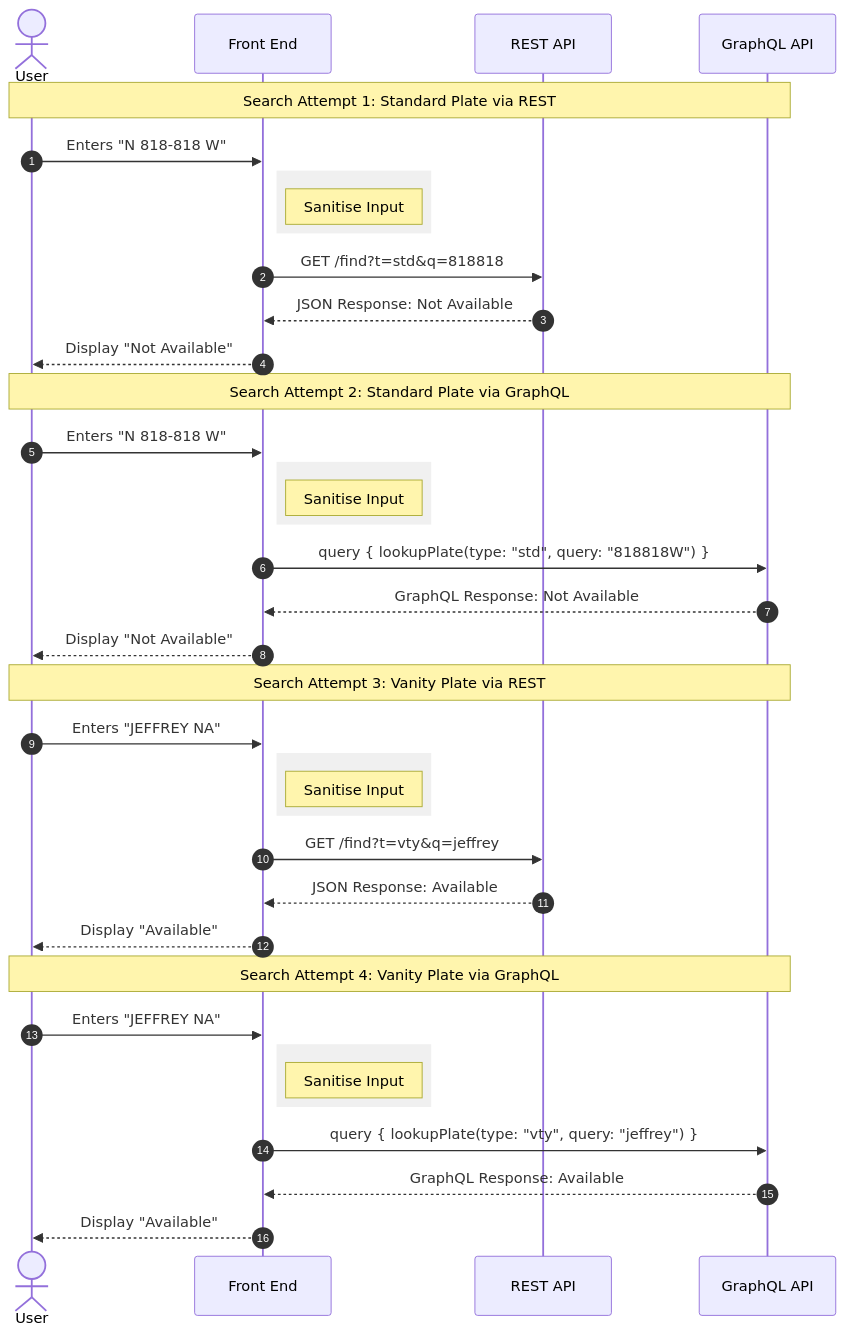
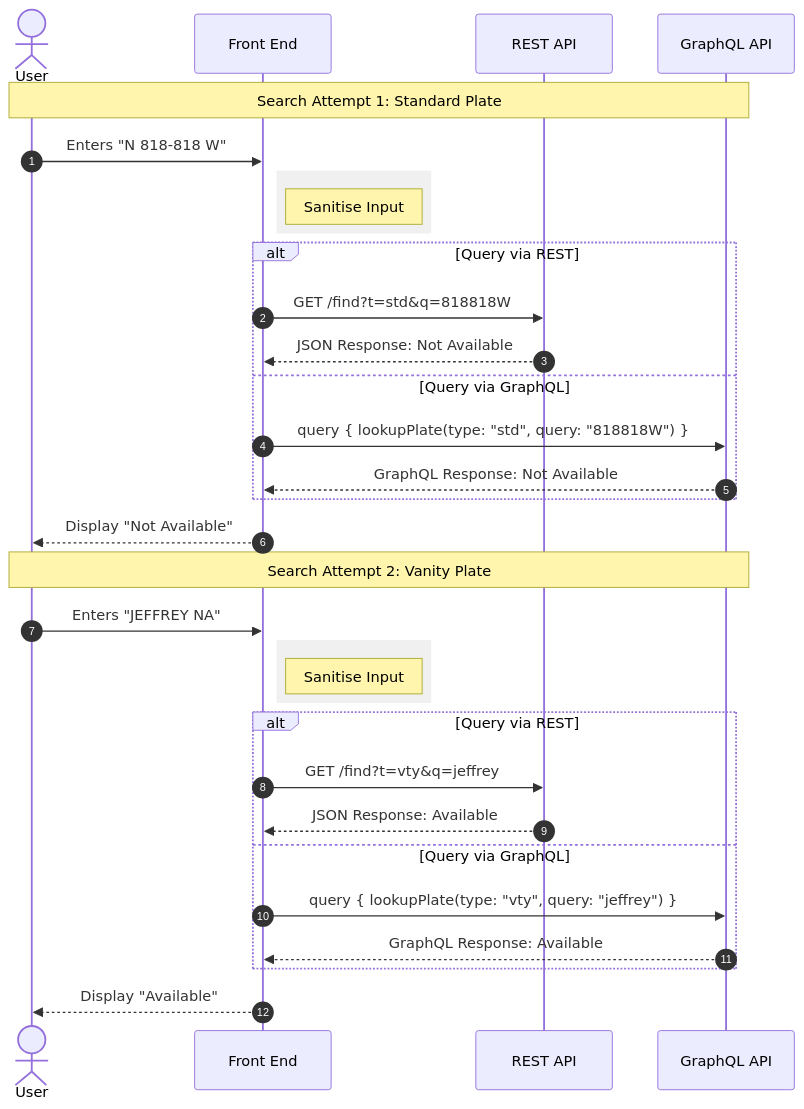
The first of 4 diagrams in README.md (m-spangenberg/demo-number-plates), drawn with Mermaid before and after one commit.

Commit message:
refactor sequence diagram in README.md to clarify REST and GraphQL API interactions for standard and vanity plate searches

````diff
--- a/README.md
+++ b/README.md
@@ -9,44 +9,36 @@
 ```mermaid
 sequenceDiagram
     autonumber
     actor User
     participant FE as Front End
     participant REST as REST API
     participant GQL as GraphQL API
 
-    Note over User, GQL: Search Attempt 1: Standard Plate via REST
+    Note over User, GQL: Search Attempt 1: Standard Plate
     User->>FE: Enters "N 818-818 W"
     rect rgb(240, 240, 240)
         Note right of FE: Sanitise Input
     end
-    FE->>REST: GET /find?t=std&q=818818
-    REST-->>FE: JSON Response: Not Available
+    alt Query via REST
+        FE->>REST: GET /find?t=std&q=818818W
+        REST-->>FE: JSON Response: Not Available
+    else Query via GraphQL
+        FE->>GQL: query { lookupPlate(type: "std", query: "818818W") }
+        GQL-->>FE: GraphQL Response: Not Available
+    end
     FE-->>User: Display "Not Available"
 
-    Note over User, GQL: Search Attempt 2: Standard Plate via GraphQL
-    User->>FE: Enters "N 818-818 W"
-    rect rgb(240, 240, 240)
-        Note right of FE: Sanitise Input
-    end
-    FE->>GQL: query { lookupPlate(type: "std", query: "818818W") }
-    GQL-->>FE: GraphQL Response: Not Available
-    FE-->>User: Display "Not Available"
-
-    Note over User, GQL: Search Attempt 3: Vanity Plate via REST
+    Note over User, GQL: Search Attempt 2: Vanity Plate
     User->>FE: Enters "JEFFREY NA"
     rect rgb(240, 240, 240)
         Note right of FE: Sanitise Input
     end
-    FE->>REST: GET /find?t=vty&q=jeffrey
-    REST-->>FE: JSON Response: Available
-    FE-->>User: Display "Available"
-
-    Note over User, GQL: Search Attempt 4: Vanity Plate via GraphQL
-    User->>FE: Enters "JEFFREY NA"
-    rect rgb(240, 240, 240)
-        Note right of FE: Sanitise Input
+    alt Query via REST
+        FE->>REST: GET /find?t=vty&q=jeffrey
+        REST-->>FE: JSON Response: Available
+    else Query via GraphQL
+        FE->>GQL: query { lookupPlate(type: "vty", query: "jeffrey") }
+        GQL-->>FE: GraphQL Response: Available
     end
-    FE->>GQL: query { lookupPlate(type: "vty", query: "jeffrey") }
-    GQL-->>FE: GraphQL Response: Available
     FE-->>User: Display "Available"
 ```
````
